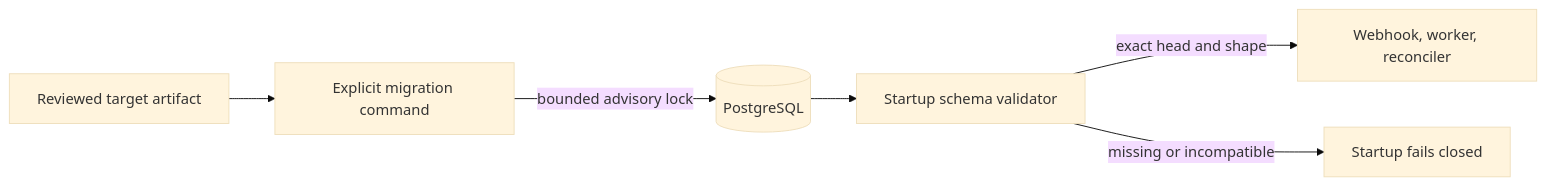
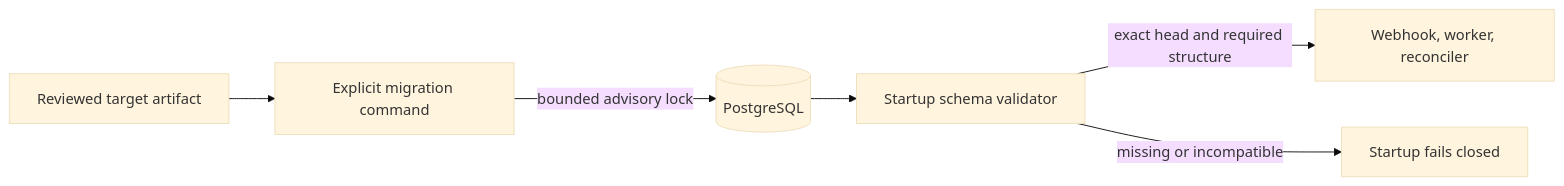
Before and after one commit to stampbot/extra-codeowners: the diagram in docs/explanation/database-migrations.md, drawn with Mermaid (base theme). The commit also changed other lines of this file and 36 other files, not shown here.

````diff
--- a/docs/explanation/database-migrations.md
+++ b/docs/explanation/database-migrations.md
@@ -15,8 +21,8 @@
 ```mermaid
 flowchart LR
   Artifact[Reviewed target artifact] --> Migrator[Explicit migration command]
   Migrator -->|bounded advisory lock| PostgreSQL[(PostgreSQL)]
   PostgreSQL --> Validator[Startup schema validator]
-  Validator -->|exact head and shape| Service[Webhook, worker, reconciler]
+  Validator -->|exact head and required structure| Service[Webhook, worker, reconciler]
   Validator -->|missing or incompatible| Block[Startup fails closed]
 ```
````
